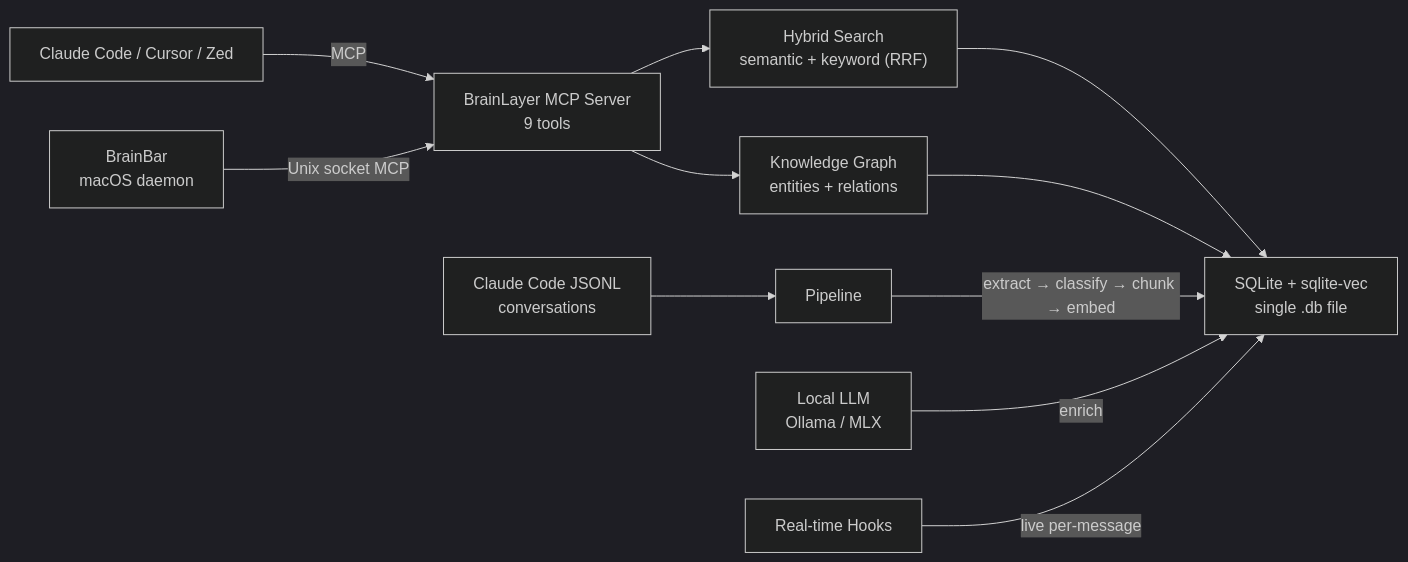
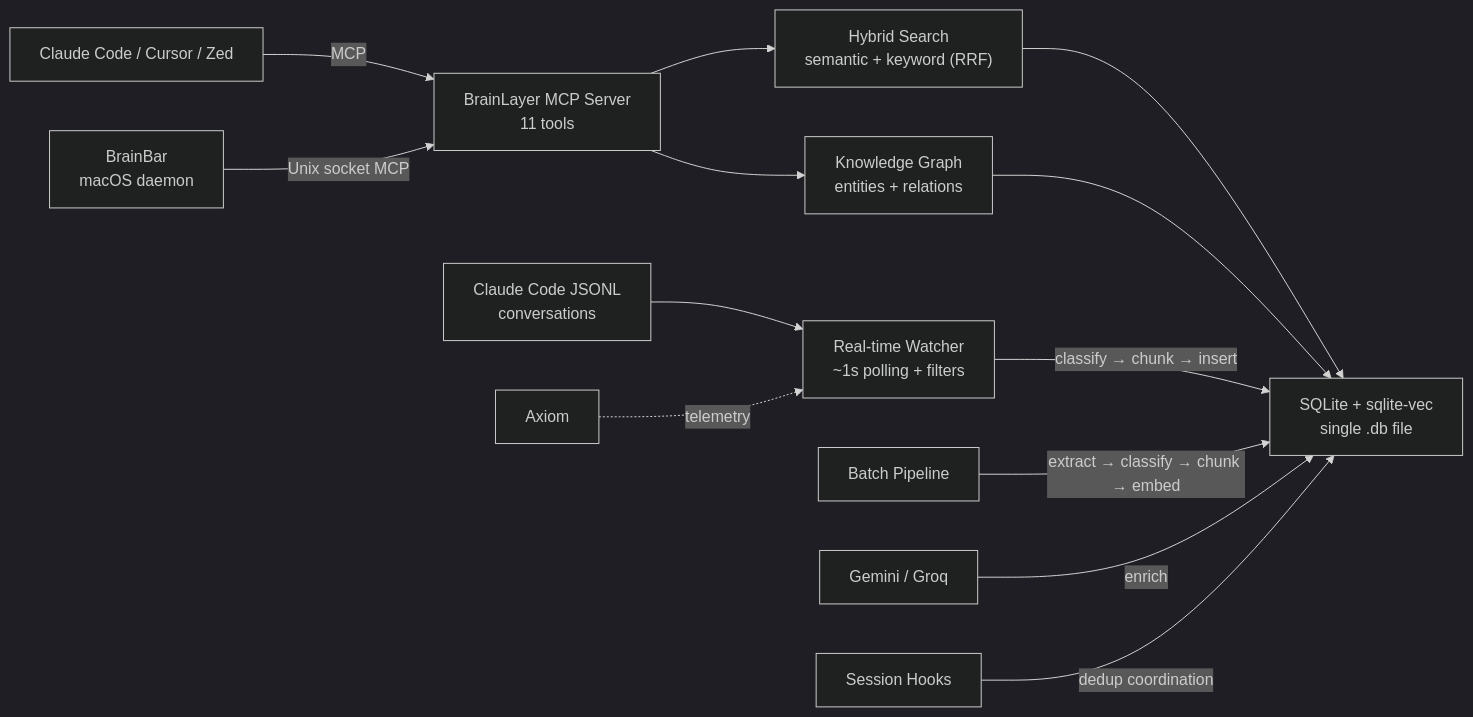
The diagram in README.md (EtanHey/brainlayer), drawn with Mermaid (dark theme) before and after one commit. The commit also changed other lines of this file and 3 other files, not shown here.

````diff
--- a/README.md
+++ b/README.md
@@ -94,15 +94,17 @@
 ```mermaid
 graph LR
-    A["Claude Code / Cursor / Zed"] -->|MCP| B["BrainLayer MCP Server<br/>9 tools"]
+    A["Claude Code / Cursor / Zed"] -->|MCP| B["BrainLayer MCP Server<br/>11 tools"]
     B --> C["Hybrid Search<br/>semantic + keyword (RRF)"]
     C --> D["SQLite + sqlite-vec<br/>single .db file"]
     B --> KG["Knowledge Graph<br/>entities + relations"]
     KG --> D
 
-    E["Claude Code JSONL<br/>conversations"] --> F["Pipeline"]
-    F -->|extract → classify → chunk → embed| D
-    G["Local LLM<br/>Ollama / MLX"] -->|enrich| D
+    E["Claude Code JSONL<br/>conversations"] --> W["Real-time Watcher<br/>~1s polling + filters"]
+    W -->|classify → chunk → insert| D
+    F["Batch Pipeline"] -->|extract → classify → chunk → embed| D
+    G["Gemini / Groq"] -->|enrich| D
 
-    H["Real-time Hooks"] -->|live per-message| D
+    H["Session Hooks"] -->|dedup coordination| D
     I["BrainBar<br/>macOS daemon"] -->|Unix socket MCP| B
+    J["Axiom"] -.->|telemetry| W
 ```
````
